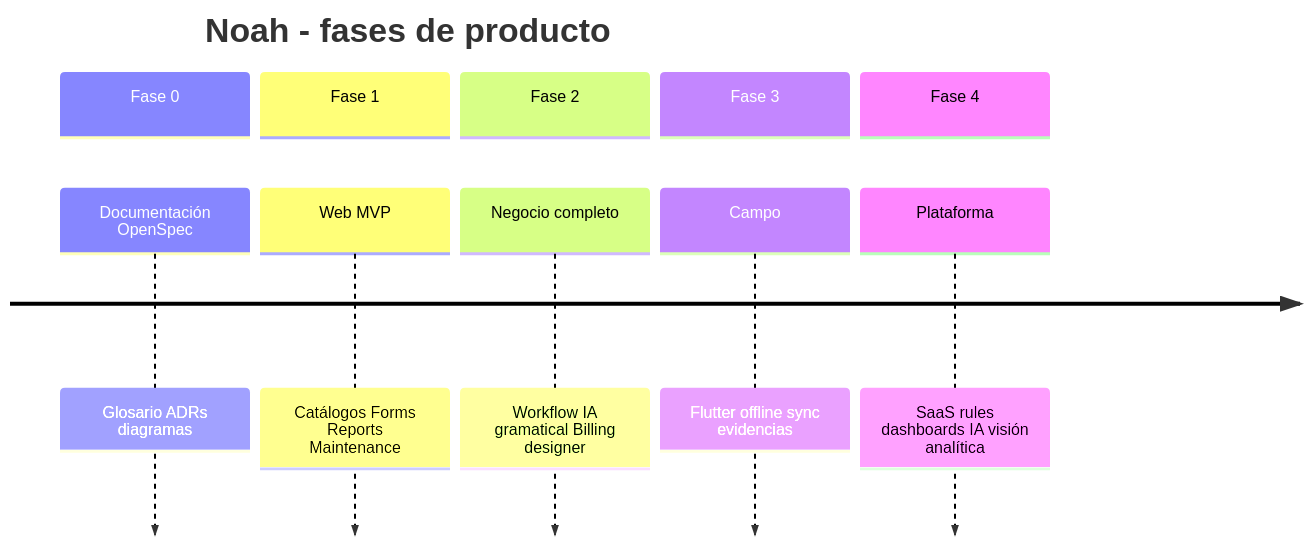
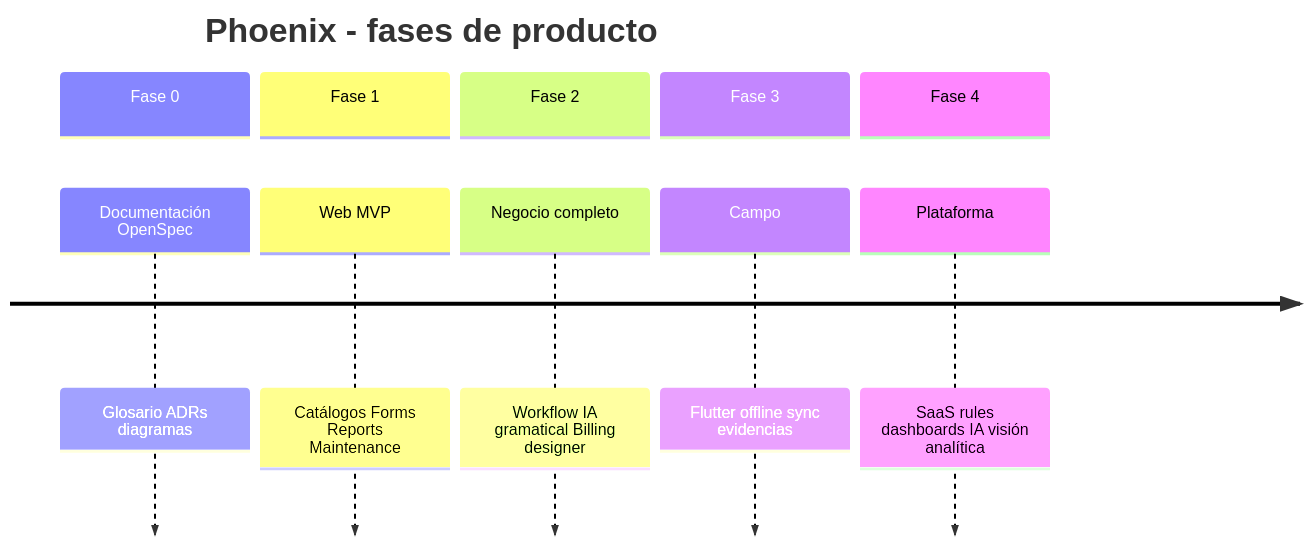
One commit to Adrian247/noah changed the first of 2 diagrams in openspec/diagrams/roadmap-phases.md. Above: the diagram before and after it, drawn with Mermaid. The commit also changed other lines of this file and 402 other files, not shown here.

````diff
--- a/openspec/diagrams/roadmap-phases.md
+++ b/openspec/diagrams/roadmap-phases.md
@@ -3,14 +3,14 @@
 ```mermaid
 timeline
-  title Noah - fases de producto
+  title Phoenix - fases de producto
   section Fase 0
     Documentación OpenSpec : Glosario ADRs diagramas
   section Fase 1
     Web MVP : Catálogos Forms Reports Maintenance
   section Fase 2
     Negocio completo : Workflow IA gramatical Billing designer
   section Fase 3
     Campo : Flutter offline sync evidencias
   section Fase 4
     Plataforma : SaaS rules dashboards IA visión analítica
 ```
````
